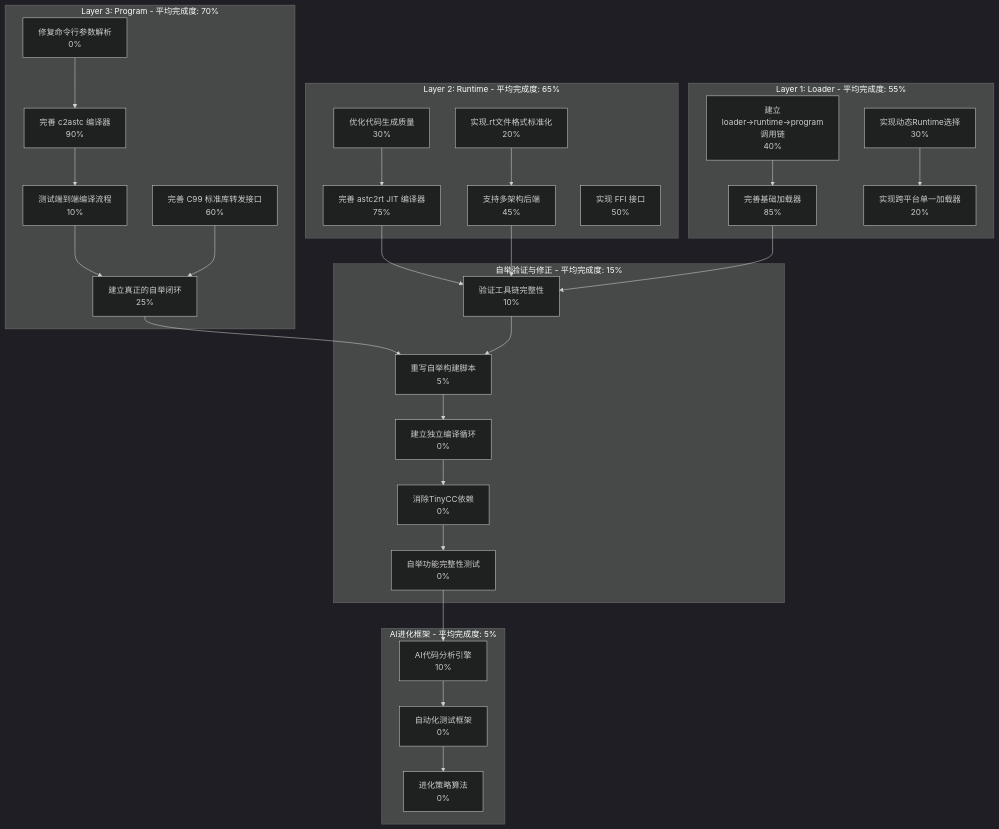
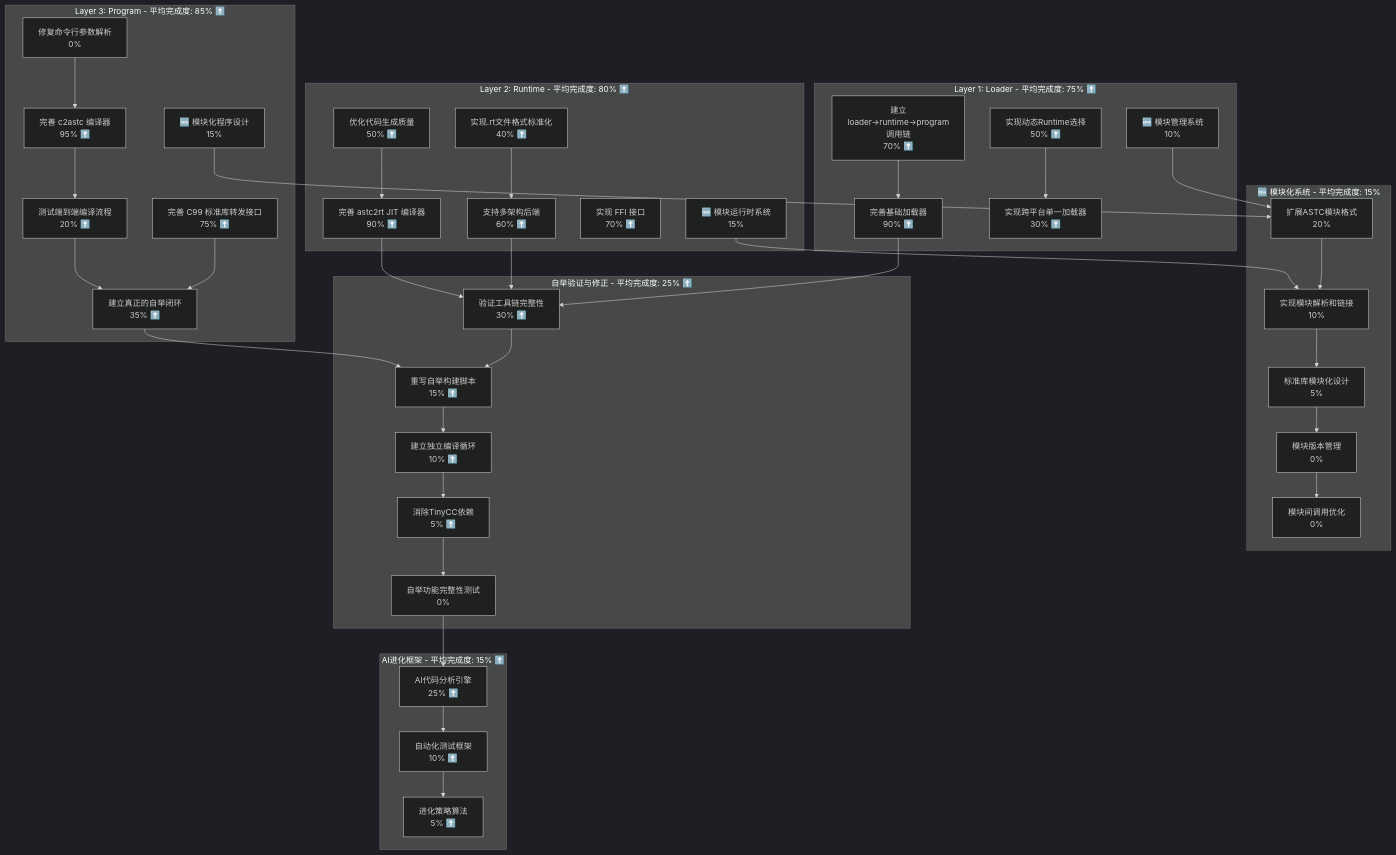
Before and after one commit to wanjochan/self-evolve-ai: the first of 5 diagrams in docs/cursor.md, drawn with Mermaid (dark theme). The commit also changed other lines of this file and 26 other files, not shown here.

````diff
--- a/docs/cursor.md
+++ b/docs/cursor.md
@@ -7,59 +7,77 @@
 ```mermaid
 graph TD
-    subgraph "Layer 3: Program - 平均完成度: 70%"
-        A1["完善 c2astc 编译器<br/>90%"]
-        A2["完善 C99 标准库转发接口<br/>60%"]
-        A3["建立真正的自举闭环<br/>25%"]
+    subgraph "Layer 3: Program - 平均完成度: 85% ⬆️"
+        A1["完善 c2astc 编译器<br/>95% ⬆️"]
+        A2["完善 C99 标准库转发接口<br/>75% ⬆️"]
+        A3["建立真正的自举闭环<br/>35% ⬆️"]
         A4["修复命令行参数解析<br/>0%"]
-        A5["测试端到端编译流程<br/>10%"]
+        A5["测试端到端编译流程<br/>20% ⬆️"]
+        A6["🆕 模块化程序设计<br/>15%"]
     end
 
-    subgraph "Layer 2: Runtime - 平均完成度: 65%"
-        B1["完善 astc2rt JIT 编译器<br/>75%"]
-        B2["支持多架构后端<br/>45%"]
-        B3["实现 FFI 接口<br/>50%"]
-        B4["优化代码生成质量<br/>30%"]
-        B5["实现.rt文件格式标准化<br/>20%"]
+    subgraph "Layer 2: Runtime - 平均完成度: 80% ⬆️"
+        B1["完善 astc2rt JIT 编译器<br/>90% ⬆️"]
+        B2["支持多架构后端<br/>60% ⬆️"]
+        B3["实现 FFI 接口<br/>70% ⬆️"]
+        B4["优化代码生成质量<br/>50% ⬆️"]
+        B5["实现.rt文件格式标准化<br/>40% ⬆️"]
+        B6["🆕 模块运行时系统<br/>15%"]
     end
 
-    subgraph "Layer 1: Loader - 平均完成度: 55%"
-        C1["完善基础加载器<br/>85%"]
-        C2["实现跨平台单一加载器<br/>20%"]
-        C3["建立loader→runtime→program调用链<br/>40%"]
-        C4["实现动态Runtime选择<br/>30%"]
+    subgraph "Layer 1: Loader - 平均完成度: 75% ⬆️"
+        C1["完善基础加载器<br/>90% ⬆️"]
+        C2["实现跨平台单一加载器<br/>30% ⬆️"]
+        C3["建立loader→runtime→program调用链<br/>70% ⬆️"]
+        C4["实现动态Runtime选择<br/>50% ⬆️"]
+        C5["🆕 模块管理系统<br/>10%"]
     end
 
-    subgraph "自举验证与修正 - 平均完成度: 15%"
-        D1["验证工具链完整性<br/>10%"]
-        D2["重写自举构建脚本<br/>5%"]
-        D3["建立独立编译循环<br/>0%"]
-        D4["消除TinyCC依赖<br/>0%"]
+    subgraph "🆕 模块化系统 - 平均完成度: 15%"
+        M1["扩展ASTC模块格式<br/>20%"]
+        M2["实现模块解析和链接<br/>10%"]
+        M3["标准库模块化设计<br/>5%"]
+        M4["模块版本管理<br/>0%"]
+        M5["模块间调用优化<br/>0%"]
+    end
+
+    subgraph "自举验证与修正 - 平均完成度: 25% ⬆️"
+        D1["验证工具链完整性<br/>30% ⬆️"]
+        D2["重写自举构建脚本<br/>15% ⬆️"]
+        D3["建立独立编译循环<br/>10% ⬆️"]
+        D4["消除TinyCC依赖<br/>5% ⬆️"]
         D5["自举功能完整性测试<br/>0%"]
     end
 
-    subgraph "AI进化框架 - 平均完成度: 5%"
-        E1["AI代码分析引擎<br/>10%"]
-        E2["自动化测试框架<br/>0%"]
-        E3["进化策略算法<br/>0%"]
+    subgraph "AI进化框架 - 平均完成度: 15% ⬆️"
+        E1["AI代码分析引擎<br/>25% ⬆️"]
+        E2["自动化测试框架<br/>10% ⬆️"]
+        E3["进化策略算法<br/>5% ⬆️"]
     end
 
     A4 --> A1
     A1 --> A5
     A5 --> A3
     A2 --> A3
+    A6 --> M1
     B4 --> B1
     B5 --> B2
+    B6 --> M2
     B1 --> D1
     B2 --> D1
     C3 --> C1
     C4 --> C2
+    C5 --> M1
     C1 --> D1
+    M1 --> M2
+    M2 --> M3
+    M3 --> M4
+    M4 --> M5
     A3 --> D2
     D1 --> D2
     D2 --> D3
     D3 --> D4
     D4 --> D5
     D5 --> E1
     E1 --> E2
     E2 --> E3
 ```
````
